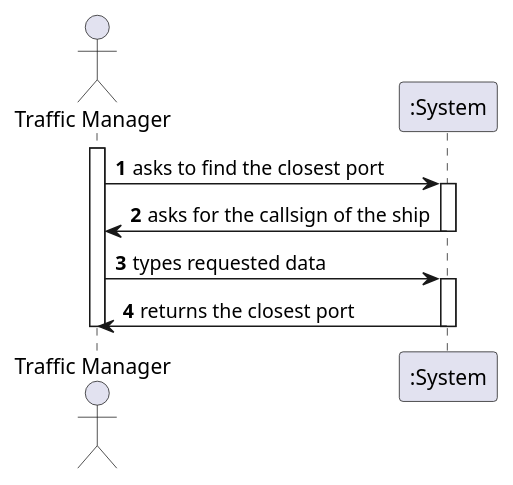
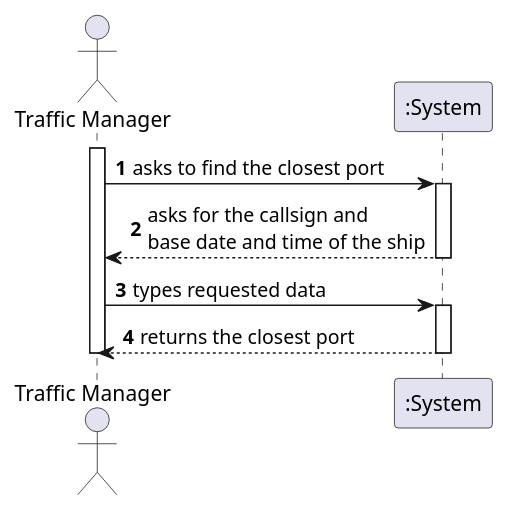
Before and after one commit to 1190772/LAB-Project-3: the diagram in docs/Sprint 2/US/US202/US202_SSD.puml, drawn with PlantUML. The commit also changed 8 other files, not shown here.

```diff
--- a/docs/Sprint 2/US/US202/US202_SSD.puml
+++ b/docs/Sprint 2/US/US202/US202_SSD.puml
@@ -1,23 +1,23 @@
 @startuml
 'https://plantuml.com/sequence-diagram
 
 autonumber
 
 actor "Traffic Manager" as TM
 
 activate TM
 TM -> ":System" : asks to find the closest port
 
 activate ":System"
-":System" -> TM : asks for the callsign of the ship
+":System" --> TM : asks for the callsign and \nbase date and time of the ship
 deactivate ":System"
 
 TM -> ":System" : types requested data
 
 activate ":System"
-":System" -> TM : returns the closest port
+":System" --> TM : returns the closest port
 deactivate ":System"
 
 deactivate TM
 
 @enduml
```
